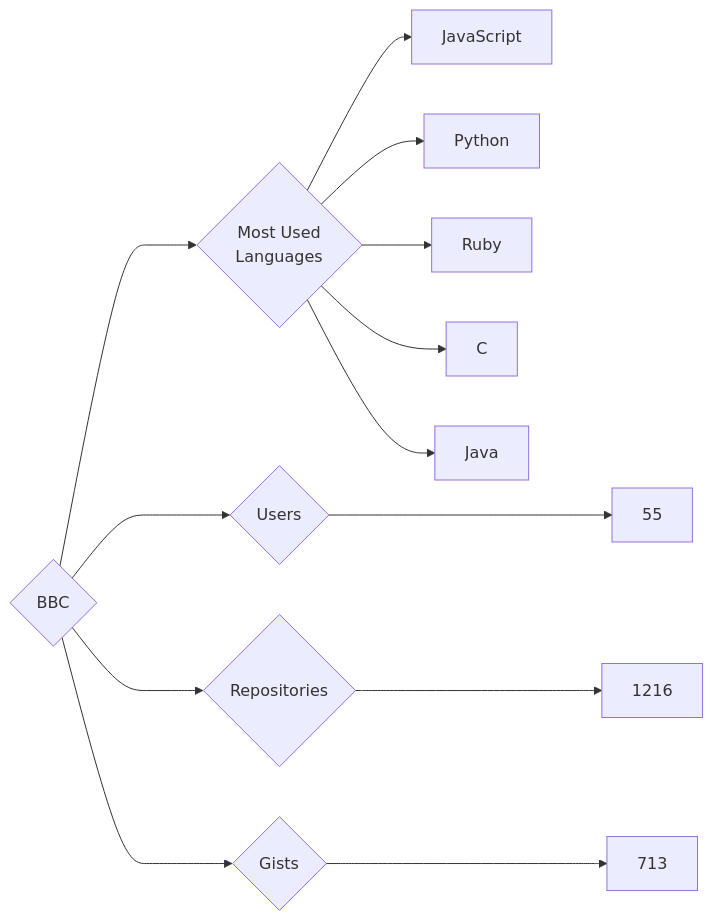
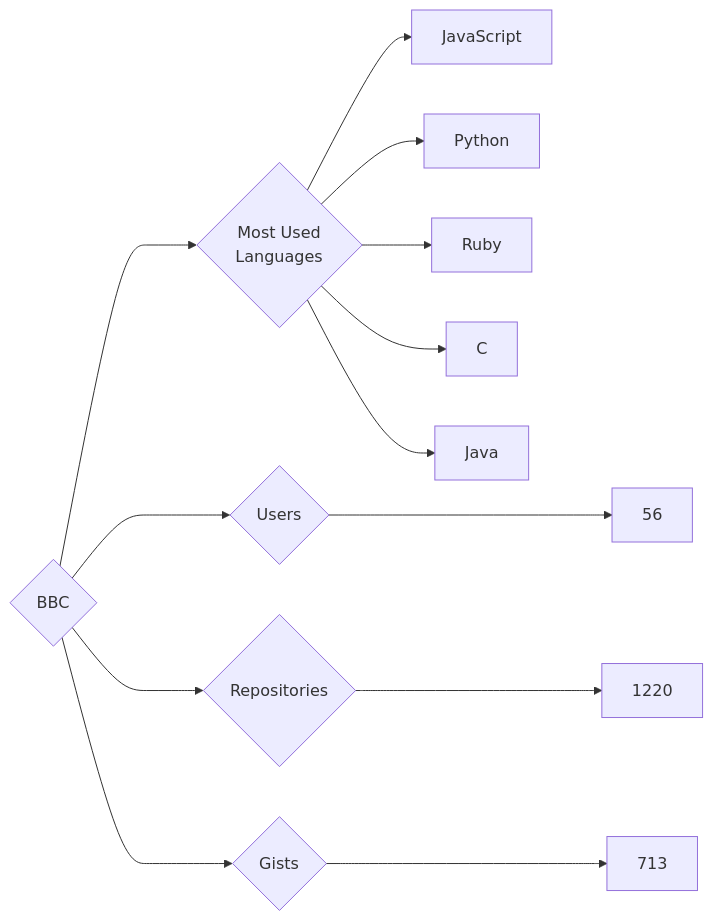
Before and after one commit to trickest/insiders: the diagram in targets/BBC/README.md, drawn with Mermaid. The commit also changed 636 other files, not shown here.

````diff
--- a/targets/BBC/README.md
+++ b/targets/BBC/README.md
@@ -3,13 +3,13 @@
 ```mermaid
 graph LR
 COMPANY_NAME{BBC}
-COMPANY_NAME ---> U{Users} ---> UN[55]
-COMPANY_NAME ---> R{Repositories} ---> RN[1216]
+COMPANY_NAME ---> U{Users} ---> UN[56]
+COMPANY_NAME ---> R{Repositories} ---> RN[1220]
 COMPANY_NAME ---> G{Gists} ---> GN[713]
 COMPANY_NAME ---> ML{Most Used<br>Languages}
 ML --> JavaScript[JavaScript]
 ML --> Python[Python]
 ML --> Ruby[Ruby]
 ML --> C[C]
 ML --> Java[Java]
 ```
````
